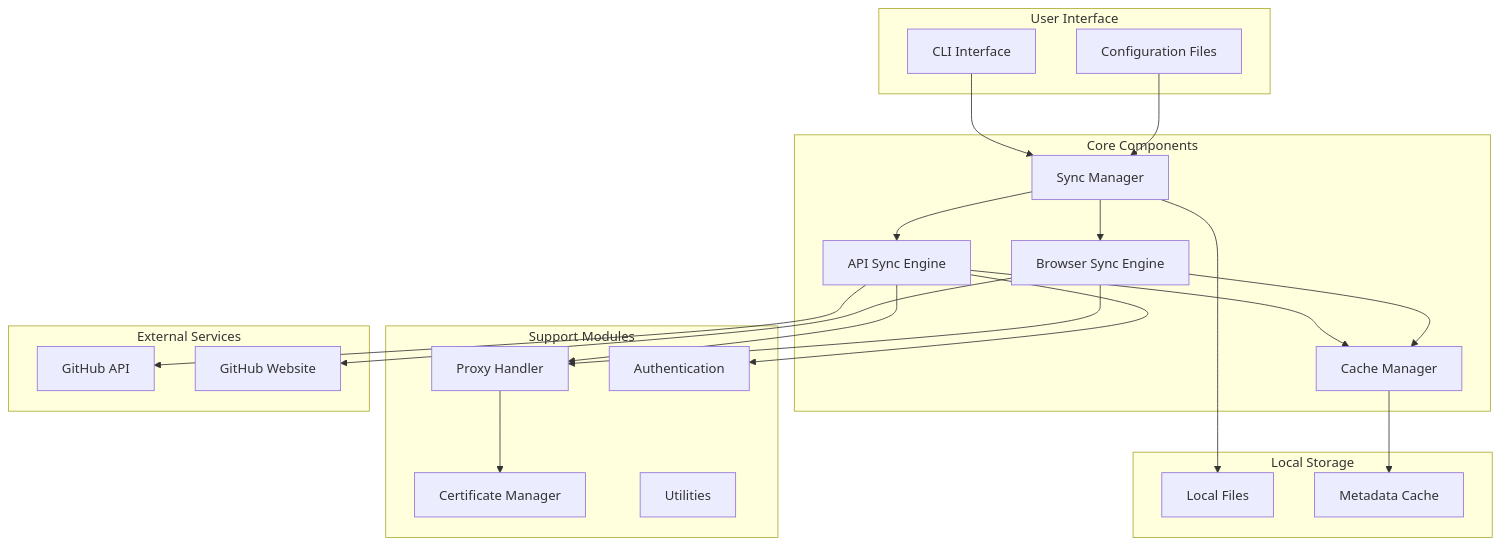
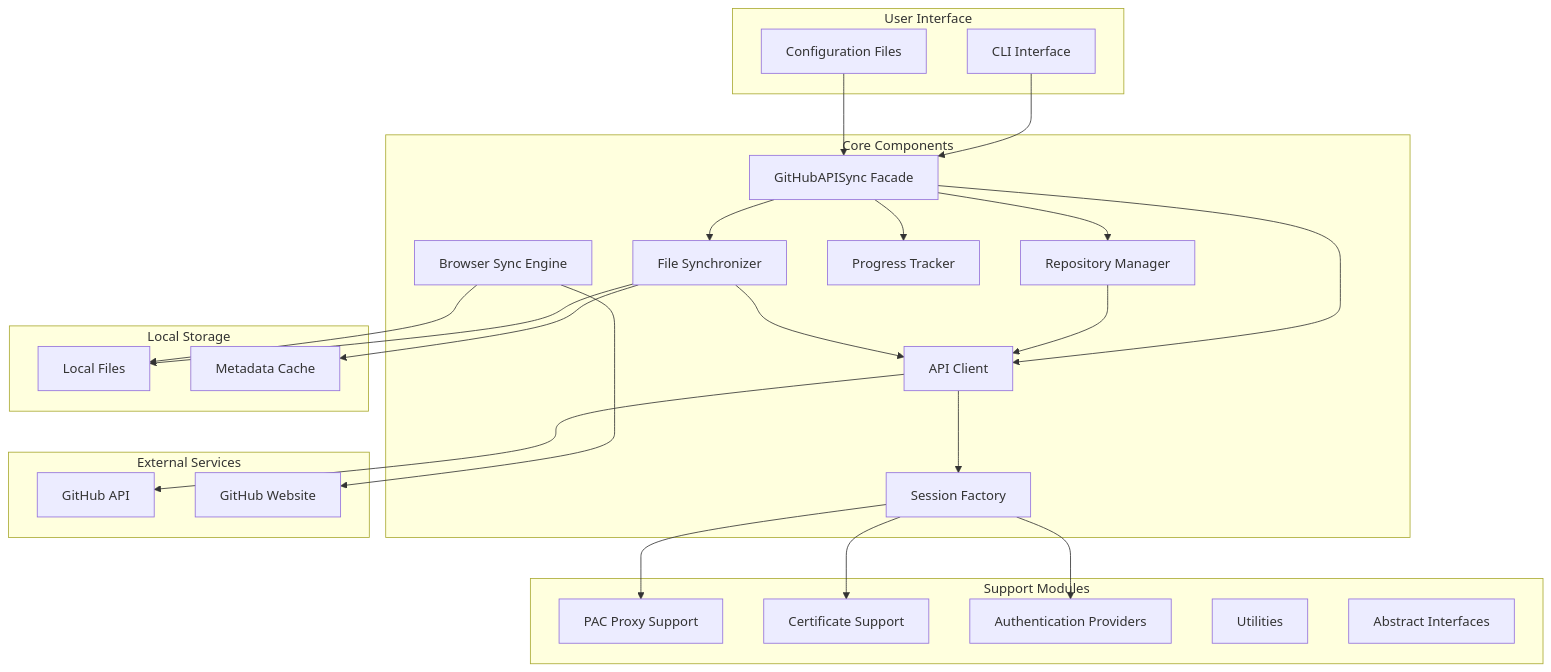
One commit to nevedomski/gitBridge changed the first of 5 diagrams in docs/architecture/overview.md. Above: the diagram before and after it, drawn with Mermaid. The commit also changed other lines of this file and 48 other files, not shown here.

````diff
--- a/docs/architecture/overview.md
+++ b/docs/architecture/overview.md
@@ -7,46 +7,53 @@
 ```mermaid
 graph TB
     subgraph "User Interface"
         CLI[CLI Interface]
         CONFIG[Configuration Files]
     end
     
     subgraph "Core Components"
-        SYNC[Sync Manager]
-        API[API Sync Engine]
+        FACADE[GitHubAPISync Facade]
+        API_CLIENT[API Client]
+        REPO_MGR[Repository Manager]
+        FILE_SYNC[File Synchronizer]
+        PROGRESS[Progress Tracker]
         BROWSER[Browser Sync Engine]
-        CACHE[Cache Manager]
+        SESSION[Session Factory]
     end
     
     subgraph "Support Modules"
-        PROXY[Proxy Handler]
-        CERT[Certificate Manager]
-        AUTH[Authentication]
+        PROXY[PAC Proxy Support]
+        CERT[Certificate Support]
+        AUTH[Authentication Providers]
         UTILS[Utilities]
+        INTERFACES[Abstract Interfaces]
     end
     
     subgraph "External Services"
         GITHUB[GitHub API]
         WEB[GitHub Website]
     end
     
     subgraph "Local Storage"
         FILES[Local Files]
         META[Metadata Cache]
     end
     
-    CLI --> SYNC
-    CONFIG --> SYNC
-    SYNC --> API
-    SYNC --> BROWSER
-    API --> PROXY
-    BROWSER --> PROXY
-    PROXY --> CERT
-    API --> AUTH
-    API --> GITHUB
+    CLI --> FACADE
+    CONFIG --> FACADE
+    FACADE --> API_CLIENT
+    FACADE --> REPO_MGR
+    FACADE --> FILE_SYNC
+    FACADE --> PROGRESS
+    API_CLIENT --> SESSION
+    REPO_MGR --> API_CLIENT
+    FILE_SYNC --> API_CLIENT
+    SESSION --> PROXY
+    SESSION --> CERT
+    SESSION --> AUTH
+    API_CLIENT --> GITHUB
     BROWSER --> WEB
-    API --> CACHE
-    BROWSER --> CACHE
-    CACHE --> META
-    SYNC --> FILES
+    FILE_SYNC --> META
+    FILE_SYNC --> FILES
+    BROWSER --> FILES
 ```
````
